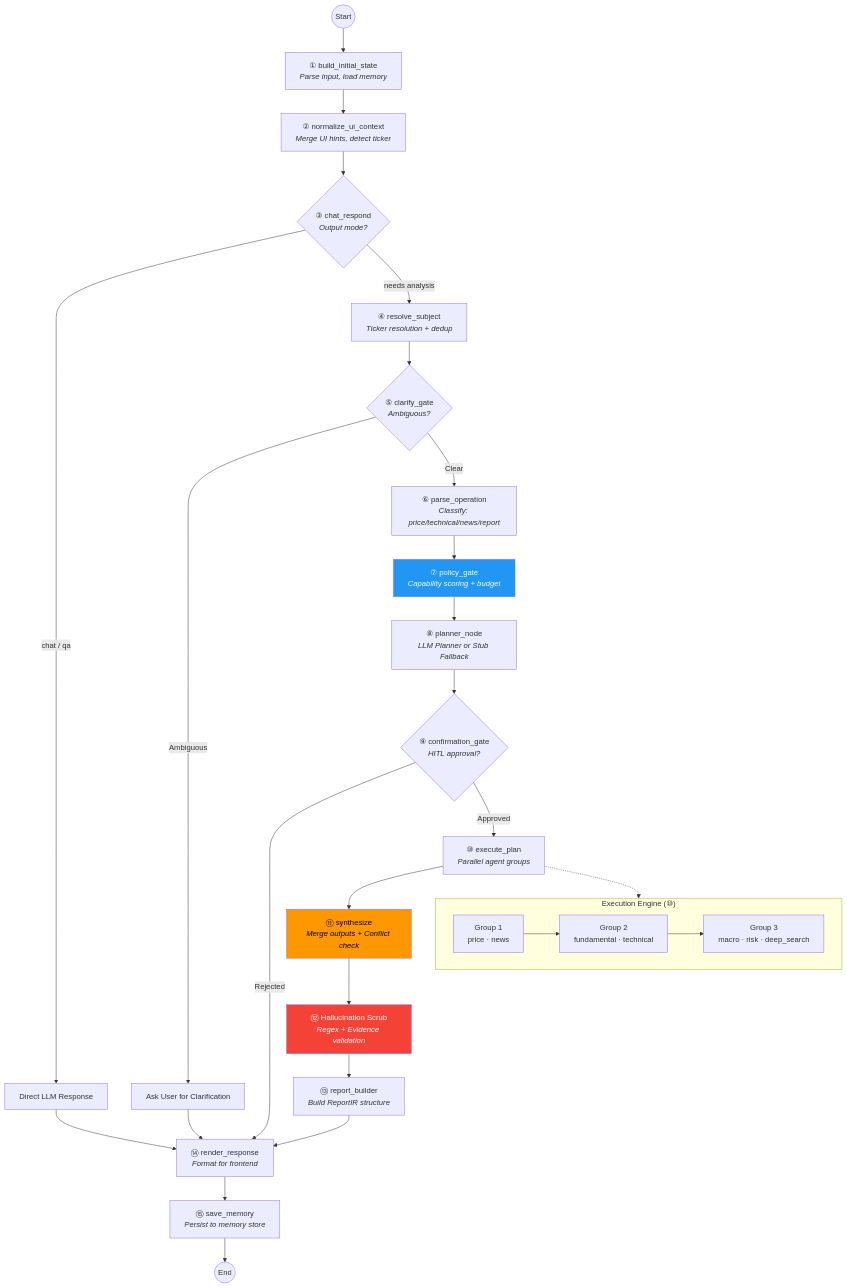
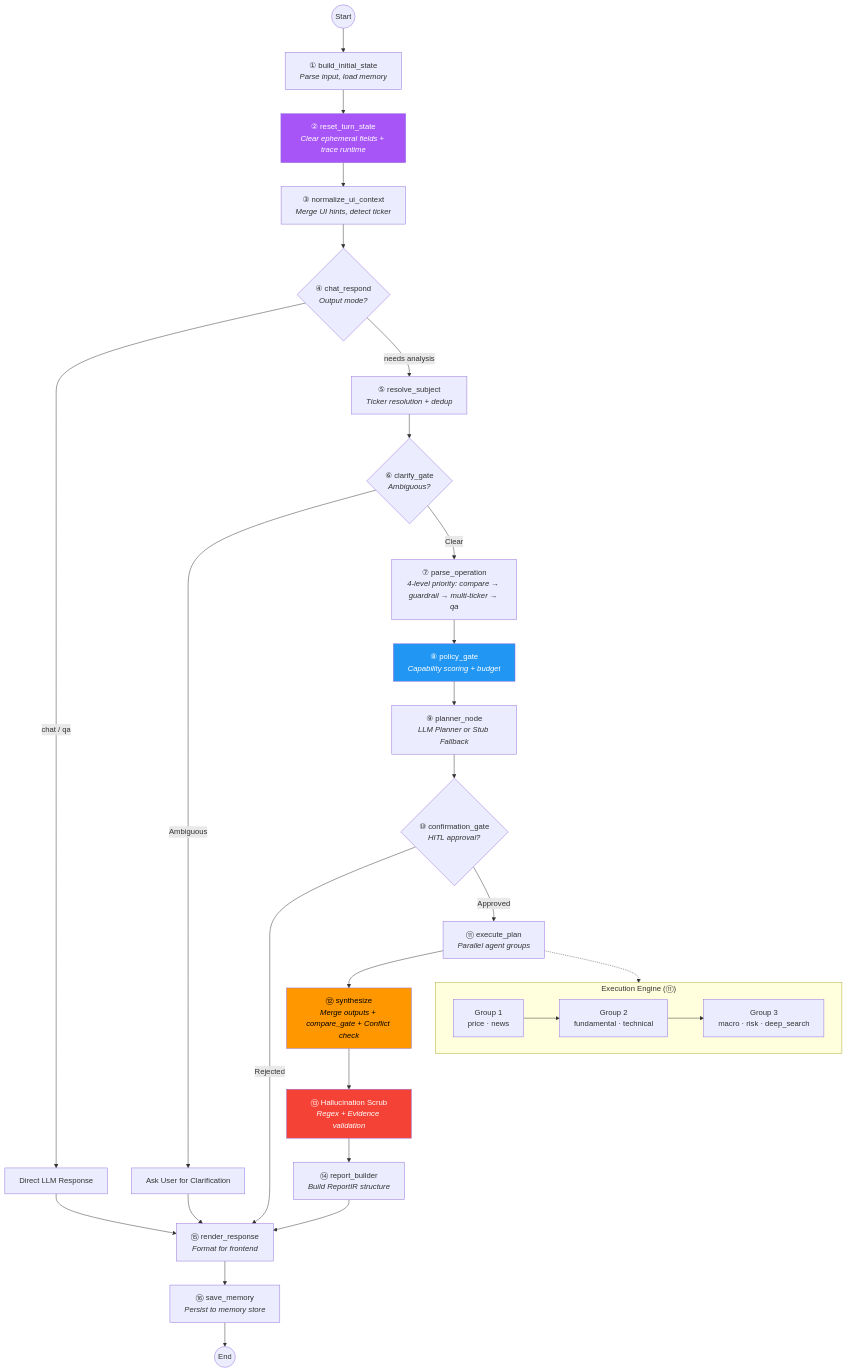
The second of 7 diagrams in readme.md (kkkano/FinSight), drawn with Mermaid before and after one commit. The commit also changed other lines of this file and 5 other files, not shown here.

First line of the commit message:
docs: sync architecture docs for 16-node pipeline + compare evidence gate

````diff
--- a/readme.md
+++ b/readme.md
@@ -208,41 +208,43 @@
 ```mermaid
 flowchart TD
     START((Start)) --> INIT["① build_initial_state<br/><i>Parse input, load memory</i>"]
-    INIT --> CTX["② normalize_ui_context<br/><i>Merge UI hints, detect ticker</i>"]
-    CTX --> MODE{"③ chat_respond<br/><i>Output mode?</i>"}
+    INIT --> RESET["② reset_turn_state<br/><i>Clear ephemeral fields + trace runtime</i>"]
+    RESET --> CTX["③ normalize_ui_context<br/><i>Merge UI hints, detect ticker</i>"]
+    CTX --> MODE{"④ chat_respond<br/><i>Output mode?</i>"}
 
     MODE -->|"chat / qa"| CHAT_END["Direct LLM Response"]
     CHAT_END --> RENDER
-    MODE -->|"needs analysis"| SUBJ["④ resolve_subject<br/><i>Ticker resolution + dedup</i>"]
+    MODE -->|"needs analysis"| SUBJ["⑤ resolve_subject<br/><i>Ticker resolution + dedup</i>"]
 
-    SUBJ --> CLARIFY{"⑤ clarify_gate<br/><i>Ambiguous?</i>"}
+    SUBJ --> CLARIFY{"⑥ clarify_gate<br/><i>Ambiguous?</i>"}
     CLARIFY -->|"Ambiguous"| ASK["Ask User for Clarification"]
     ASK --> RENDER
-    CLARIFY -->|"Clear"| PARSE["⑥ parse_operation<br/><i>Classify: price/technical/news/report</i>"]
+    CLARIFY -->|"Clear"| PARSE["⑦ parse_operation<br/><i>4-level priority: compare → guardrail → multi-ticker → qa</i>"]
 
-    PARSE --> POLICY["⑦ policy_gate<br/><i>Capability scoring + budget</i>"]
-    POLICY --> PLAN["⑧ planner_node<br/><i>LLM Planner or Stub Fallback</i>"]
+    PARSE --> POLICY["⑧ policy_gate<br/><i>Capability scoring + budget</i>"]
+    POLICY --> PLAN["⑨ planner_node<br/><i>LLM Planner or Stub Fallback</i>"]
 
-    PLAN --> CONFIRM{"⑨ confirmation_gate<br/><i>HITL approval?</i>"}
+    PLAN --> CONFIRM{"⑩ confirmation_gate<br/><i>HITL approval?</i>"}
     CONFIRM -->|"Rejected"| RENDER
-    CONFIRM -->|"Approved"| EXEC["⑩ execute_plan<br/><i>Parallel agent groups</i>"]
+    CONFIRM -->|"Approved"| EXEC["⑪ execute_plan<br/><i>Parallel agent groups</i>"]
 
-    EXEC --> SYNTH["⑪ synthesize<br/><i>Merge outputs + Conflict check</i>"]
-    SYNTH --> SCRUB["⑫ Hallucination Scrub<br/><i>Regex + Evidence validation</i>"]
-    SCRUB --> BUILD["⑬ report_builder<br/><i>Build ReportIR structure</i>"]
-    BUILD --> RENDER["⑭ render_response<br/><i>Format for frontend</i>"]
-    RENDER --> SAVE["⑮ save_memory<br/><i>Persist to memory store</i>"]
+    EXEC --> SYNTH["⑫ synthesize<br/><i>Merge outputs + compare_gate + Conflict check</i>"]
+    SYNTH --> SCRUB["⑬ Hallucination Scrub<br/><i>Regex + Evidence validation</i>"]
+    SCRUB --> BUILD["⑭ report_builder<br/><i>Build ReportIR structure</i>"]
+    BUILD --> RENDER["⑮ render_response<br/><i>Format for frontend</i>"]
+    RENDER --> SAVE["⑯ save_memory<br/><i>Persist to memory store</i>"]
     SAVE --> END((End))
 
-    subgraph "Execution Engine (⑩)"
+    subgraph "Execution Engine (⑪)"
         direction LR
         EG1["Group 1<br/>price · news"] --> EG2["Group 2<br/>fundamental · technical"]
         EG2 --> EG3["Group 3<br/>macro · risk · deep_search"]
     end
 
     EXEC -.-> EG1
 
+    style RESET fill:#a855f7,color:#fff
     style SYNTH fill:#ff9800,color:#000
     style SCRUB fill:#f44336,color:#fff
     style POLICY fill:#2196f3,color:#fff
 ```
````
